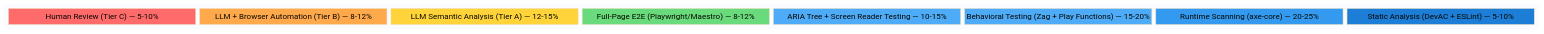
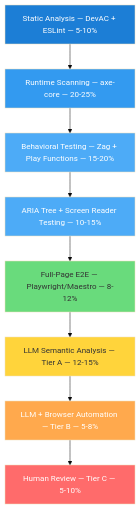
One commit to pietgk/vivief changed the first of 5 diagrams in docs/spec/accessibility-research/a11y-detect-fix-vision.md. Above: the diagram before and after it, drawn with Mermaid (base theme). The commit also changed other lines of this file, not shown here.

First line of the commit message:
fix(a11y): improve Mermaid diagram readability and fix syntax error

````diff
--- a/docs/spec/accessibility-research/a11y-detect-fix-vision.md
+++ b/docs/spec/accessibility-research/a11y-detect-fix-vision.md
@@ -128,23 +128,20 @@
 ```mermaid
-block-beta
-  columns 1
-  block:pyramid
-    A["Human Review (Tier C) — 5-10%"]
-    B["LLM + Browser Automation (Tier B) — 8-12%"]
-    C["LLM Semantic Analysis (Tier A) — 12-15%"]
-    D["Full-Page E2E (Playwright/Maestro) — 8-12%"]
-    E["ARIA Tree + Screen Reader Testing — 10-15%"]
-    F["Behavioral Testing (Zag + Play Functions) — 15-20%"]
-    G["Runtime Scanning (axe-core) — 20-25%"]
-    H["Static Analysis (DevAC + ESLint) — 5-10%"]
-  end
+flowchart TD
+    H["Static Analysis — DevAC + ESLint — 5-10%"] --> G
+    G["Runtime Scanning — axe-core — 20-25%"] --> F
+    F["Behavioral Testing — Zag + Play Functions — 15-20%"] --> E
+    E["ARIA Tree + Screen Reader Testing — 10-15%"] --> D
+    D["Full-Page E2E — Playwright/Maestro — 8-12%"] --> C
+    C["LLM Semantic Analysis — Tier A — 12-15%"] --> B
+    B["LLM + Browser Automation — Tier B — 5-8%"] --> A
+    A["Human Review — Tier C — 5-10%"]
 
-  style A fill:#ff6b6b,color:#fff
-  style B fill:#ffa94d,color:#fff
-  style C fill:#ffd43b,color:#333
-  style D fill:#69db7c,color:#333
-  style E fill:#4dabf7,color:#fff
-  style F fill:#4dabf7,color:#fff
-  style G fill:#339af0,color:#fff
-  style H fill:#1c7ed6,color:#fff
+    style H fill:#1c7ed6,color:#fff
+    style G fill:#339af0,color:#fff
+    style F fill:#4dabf7,color:#fff
+    style E fill:#4dabf7,color:#fff
+    style D fill:#69db7c,color:#333
+    style C fill:#ffd43b,color:#333
+    style B fill:#ffa94d,color:#fff
+    style A fill:#ff6b6b,color:#fff
 ```
````
